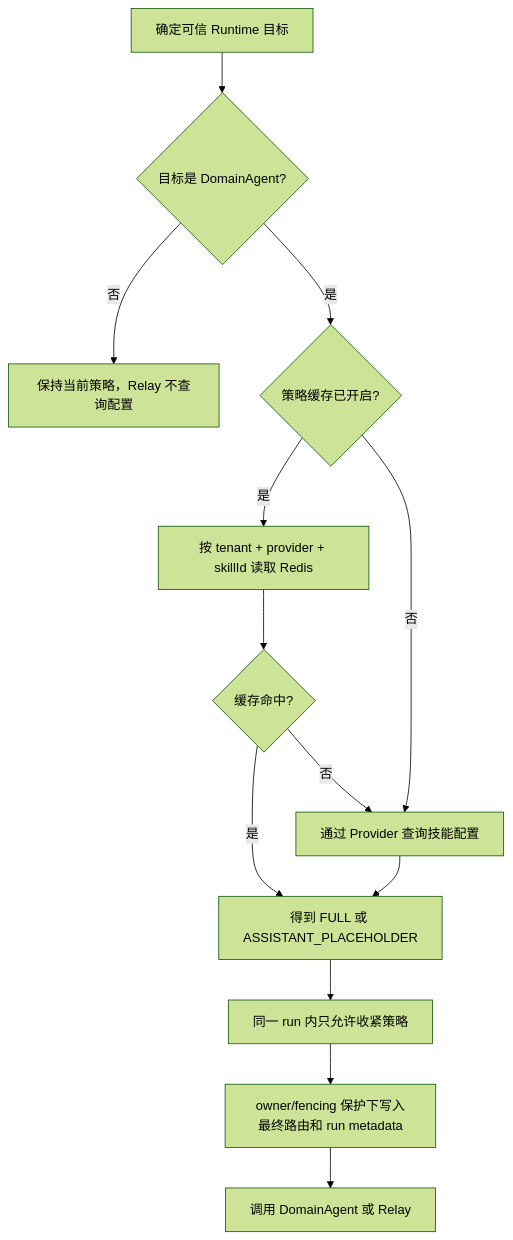
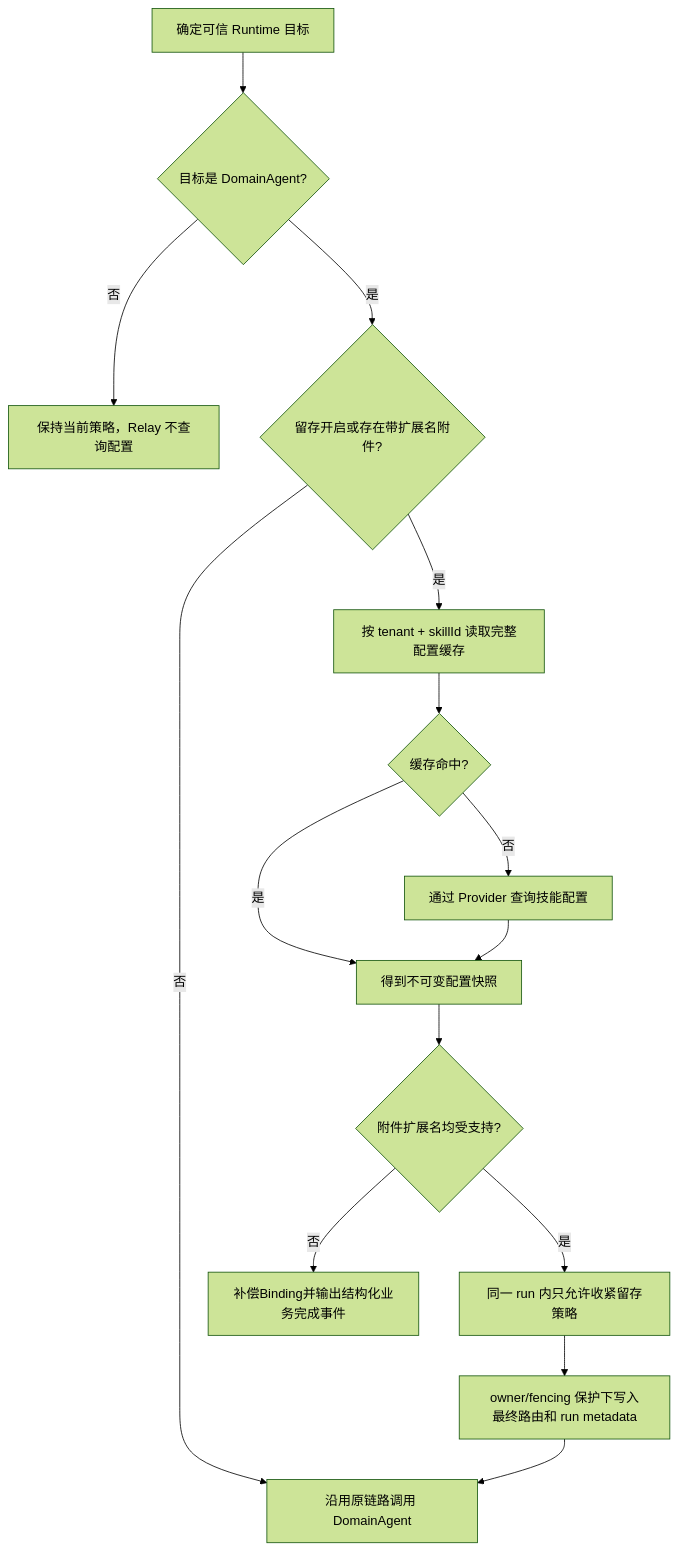
The diagram in docs/architecture/domain-agent-assistant-persistence.md (kunben-duck/exweb), drawn with Mermaid (forest theme) before and after one commit. The commit also changed other lines of this file and 48 other files, not shown here.

Commit message:
feat: validate domain agent attachment types

````diff
--- a/docs/architecture/domain-agent-assistant-persistence.md
+++ b/docs/architecture/domain-agent-assistant-persistence.md
@@ -65,15 +76,17 @@
 ```mermaid
 flowchart TD
     A["确定可信 Runtime 目标"] --> B{"目标是 DomainAgent?"}
     B -- "否" --> C["保持当前策略，Relay 不查询配置"]
-    B -- "是" --> D{"策略缓存已开启?"}
-    D -- "是" --> E["按 tenant + provider + skillId 读取 Redis"]
+    B -- "是" --> D{"留存开启或存在带扩展名附件?"}
+    D -- "否" --> J["沿用原链路调用 DomainAgent"]
+    D -- "是" --> E["按 tenant + skillId 读取完整配置缓存"]
     E --> K{"缓存命中?"}
-    K -- "是" --> F["得到 FULL 或 ASSISTANT_PLACEHOLDER"]
+    K -- "是" --> F["得到不可变配置快照"]
     K -- "否" --> G["通过 Provider 查询技能配置"]
-    D -- "否" --> G
     G --> F
-    F --> H["同一 run 内只允许收紧策略"]
-    H --> I["owner/fencing 保护下写入最终路由和 run metadata"]
-    I --> J["调用 DomainAgent 或 Relay"]
+    F --> H{"附件扩展名均受支持?"}
+    H -- "否" --> L["补偿Binding并输出结构化业务完成事件"]
+    H -- "是" --> M["同一 run 内只允许收紧留存策略"]
+    M --> I["owner/fencing 保护下写入最终路由和 run metadata"]
+    I --> J
 ```
````
